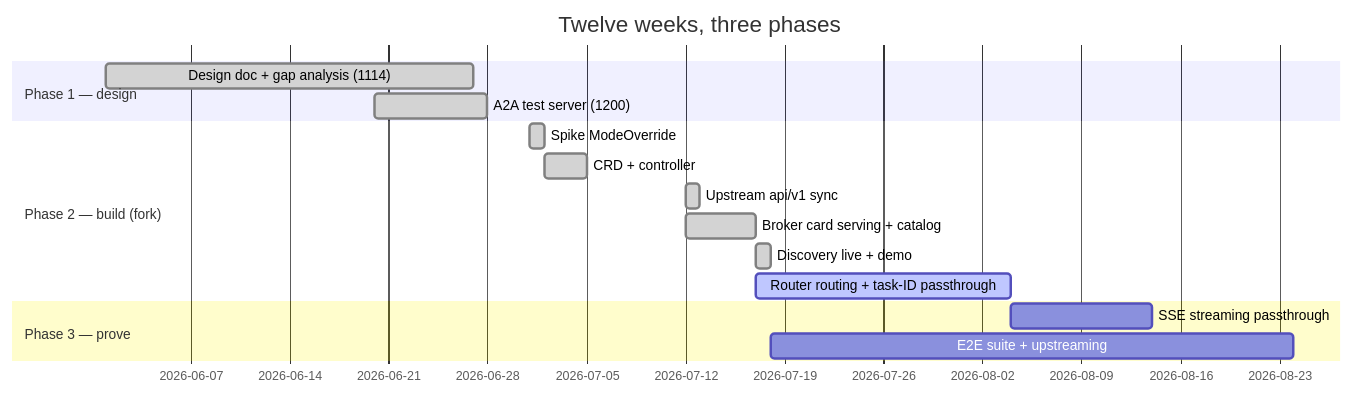
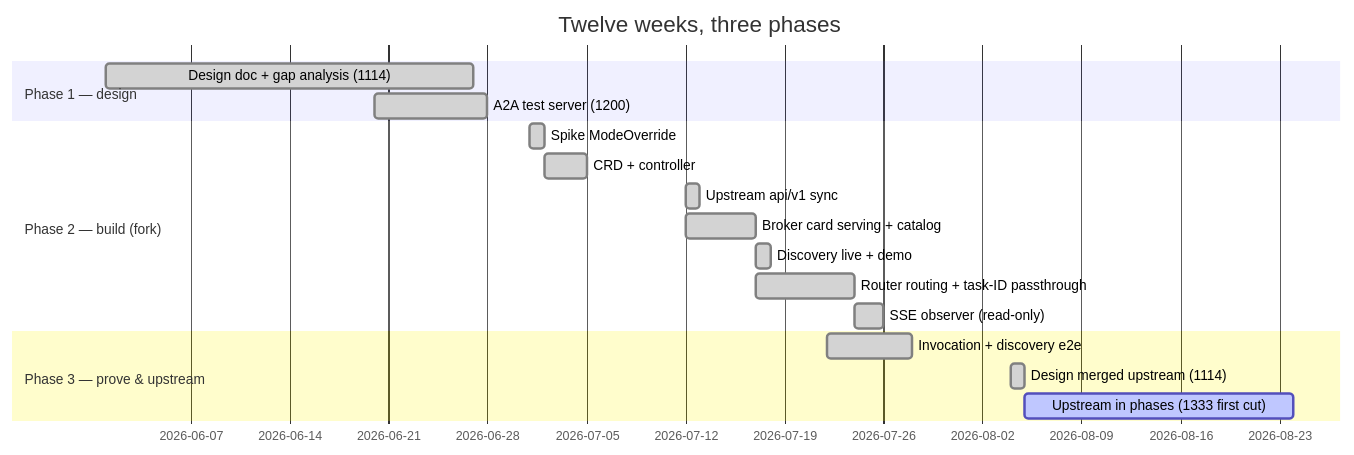
One commit to Aman-Cool/A2A-Agent2Agent-protocol changed the fifth of 5 diagrams in README.md. Above: the diagram before and after it, drawn with Mermaid. The commit also changed other lines of this file and 3 other files, not shown here.

First line of the commit message:
docs: align the fork with the merged design and the phased upstream plan

````diff
--- a/README.md
+++ b/README.md
@@ -156,18 +160,20 @@
 ```mermaid
 gantt
     title Twelve weeks, three phases
     dateFormat YYYY-MM-DD
     section Phase 1 — design
     Design doc + gap analysis (1114)      :done,   p1a, 2026-06-01, 2026-06-27
     A2A test server (1200)                :done,   p1b, 2026-06-20, 2026-06-28
     section Phase 2 — build (fork)
     Spike ModeOverride                    :done,   p2a, 2026-07-01, 2026-07-02
     CRD + controller                      :done,   p2b, 2026-07-02, 2026-07-05
     Upstream api/v1 sync                  :done,   p2s, 2026-07-12, 1d
     Broker card serving + catalog         :done,   p2c, 2026-07-12, 2026-07-17
     Discovery live + demo                 :done,   p2e, 2026-07-17, 1d
-    Router routing + task-ID passthrough  :active, p2d, 2026-07-17, 2026-08-04
-    section Phase 3 — prove
-    SSE streaming passthrough             :        p3a, 2026-08-04, 2026-08-14
-    E2E suite + upstreaming               :        p3b, 2026-07-18, 2026-08-24
+    Router routing + task-ID passthrough  :done,   p2d, 2026-07-17, 2026-07-24
+    SSE observer (read-only)              :done,   p2f, 2026-07-24, 2026-07-26
+    section Phase 3 — prove & upstream
+    Invocation + discovery e2e            :done,   p3a, 2026-07-22, 2026-07-28
+    Design merged upstream (1114)         :done,   p3b, 2026-08-04, 1d
+    Upstream in phases (1333 first cut)   :active, p3c, 2026-08-05, 2026-08-24
 ```
````
